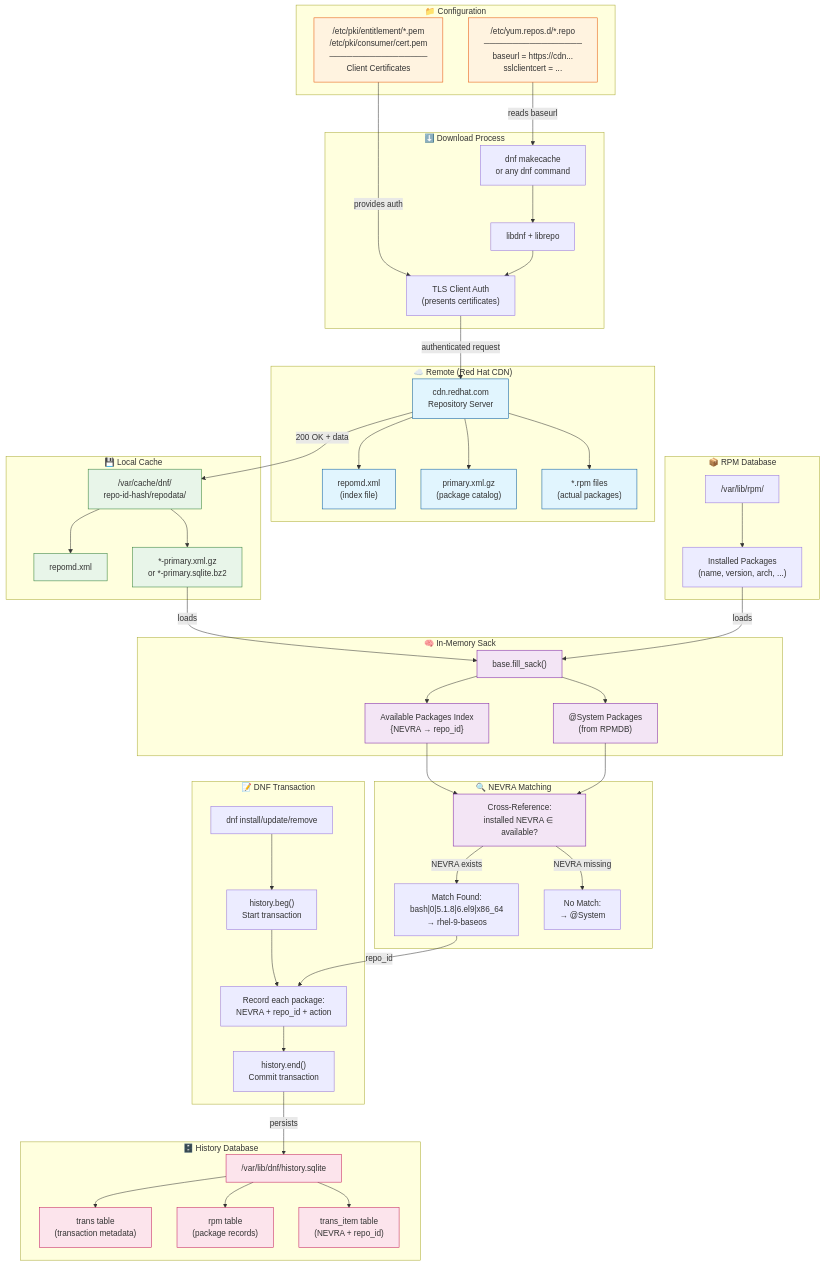
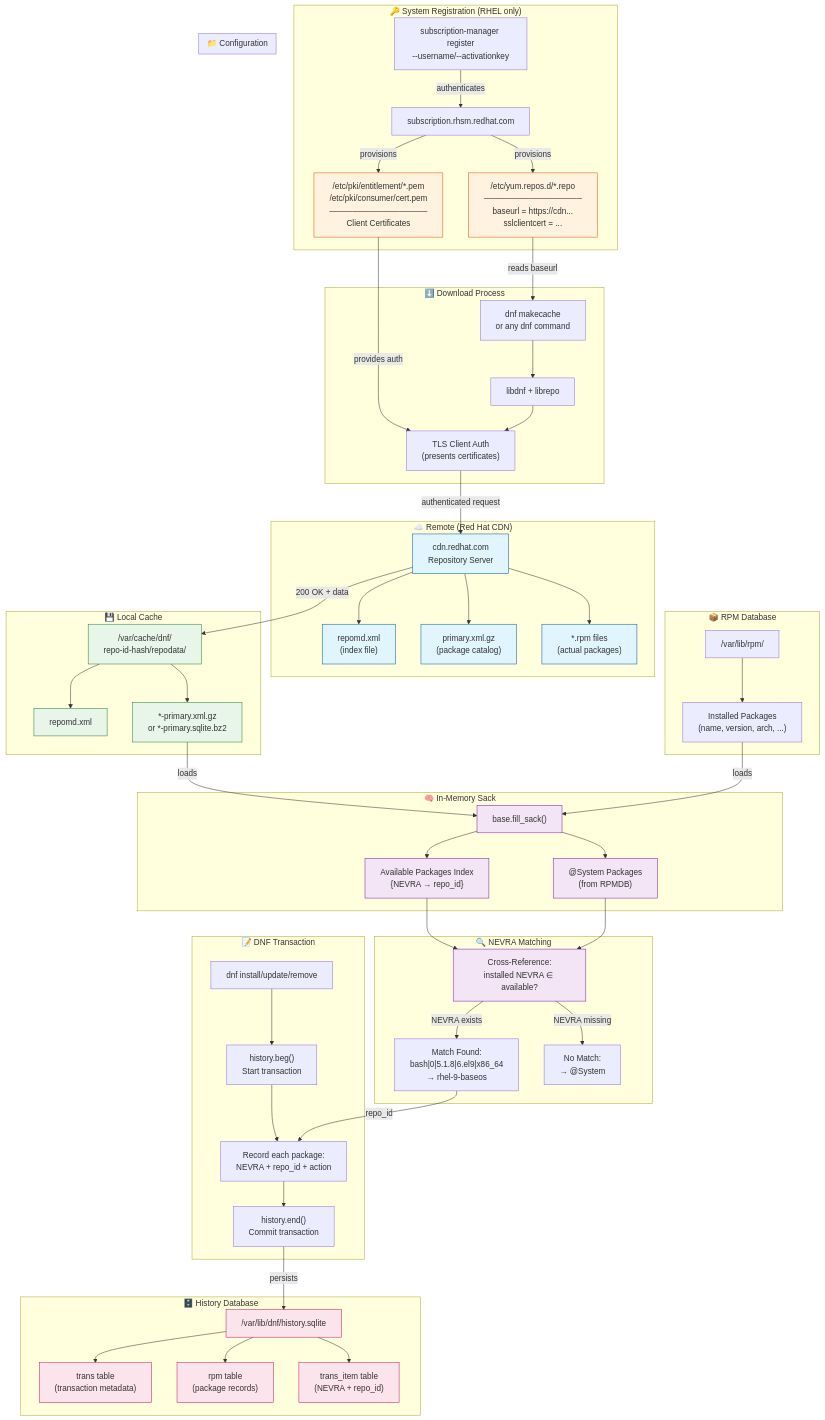
The first of 2 diagrams in DNF_DATA_FLOW_DIAGRAM.md (vikin91/dnf-scripts), drawn with Mermaid before and after one commit. The commit also changed other lines of this file, not shown here.

Commit message:
Update diagrams

````diff
--- a/DNF_DATA_FLOW_DIAGRAM.md
+++ b/DNF_DATA_FLOW_DIAGRAM.md
@@ -7,5 +7,13 @@
 ```mermaid
 flowchart TB
+    subgraph REGISTER["🔑 System Registration (RHEL only)"]
+        RHSM["subscription.rhsm.redhat.com"]
+        SUBMGR["subscription-manager register<br/>--username/--activationkey"]
+        SUBMGR -->|"authenticates"| RHSM
+        RHSM -->|"provisions"| REPOFILE
+        RHSM -->|"provisions"| CERTS
+    end
+
     subgraph REMOTE["☁️ Remote (Red Hat CDN)"]
         CDN["cdn.redhat.com<br/>Repository Server"]
         REPOMD["repomd.xml<br/>(index file)"]
````
